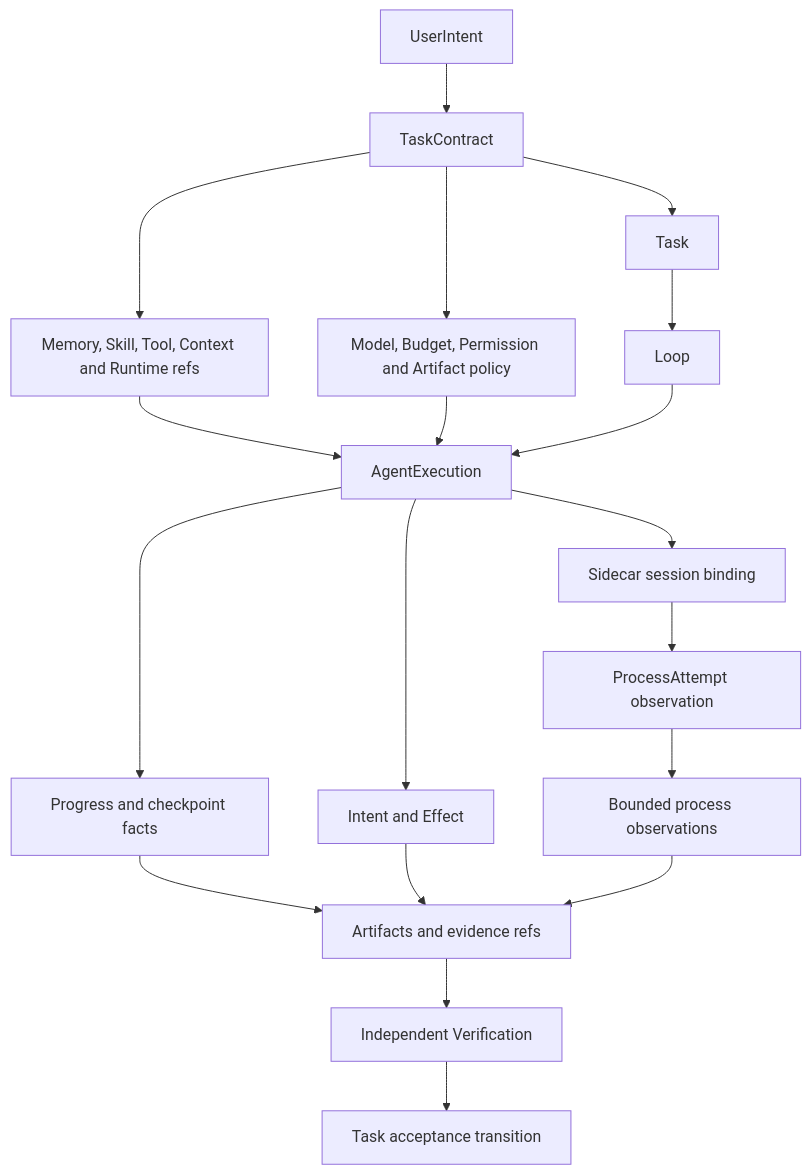
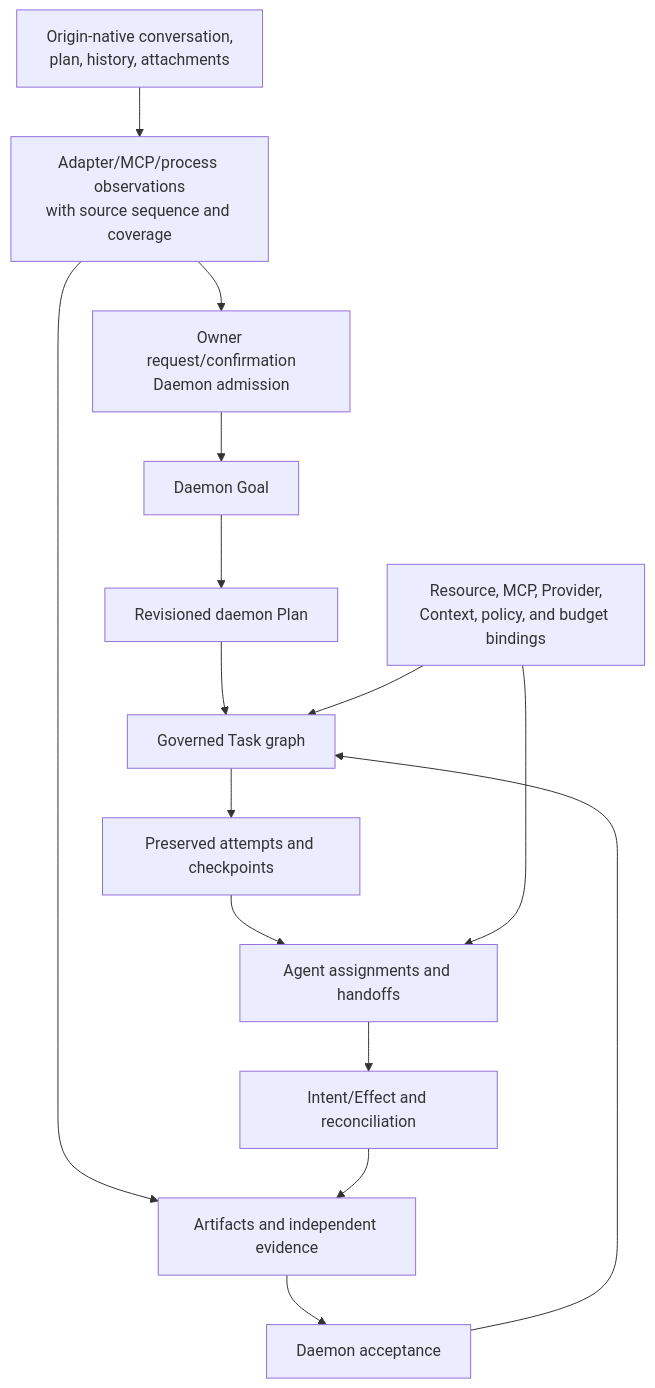
Before and after one commit to agentkernel/cognitive-os: the first of 2 diagrams in personal/docs/architecture/authority-data-and-recovery.md, drawn with Mermaid. The commit also changed other lines of this file and 123 other files, not shown here.

````diff
--- a/personal/docs/architecture/authority-data-and-recovery.md
+++ b/personal/docs/architecture/authority-data-and-recovery.md
@@ -49,21 +67,30 @@
 ```mermaid
 flowchart TB
-  userIntent["UserIntent"] --> taskContract["TaskContract"]
-  taskContract --> task["Task"]
-  task --> loop["Loop"]
-  taskContract --> resourceBindings["Memory, Skill, Tool, Context and Runtime refs"]
-  taskContract --> crossCuttingBindings["Model, Budget, Permission and Artifact policy"]
-  resourceBindings --> agentExecution["AgentExecution"]
-  crossCuttingBindings --> agentExecution
-  loop --> agentExecution
-  agentExecution --> sidecarSession["Sidecar session binding"]
-  sidecarSession --> processAttempt["ProcessAttempt observation"]
-  agentExecution --> progress["Progress and checkpoint facts"]
-  agentExecution --> intentEffect["Intent and Effect"]
-  processAttempt --> boundedObservation["Bounded process observations"]
-  progress --> artifacts["Artifacts and evidence refs"]
-  intentEffect --> artifacts
-  boundedObservation --> artifacts
-  artifacts --> verification["Independent Verification"]
-  verification --> acceptance["Task acceptance transition"]
+  native["Origin-native conversation,\nplan, history, attachments"]
+  observations["Adapter/MCP/process observations\nwith source sequence and coverage"]
+  admission["Owner request/confirmation\nDaemon admission"]
+  goal["Daemon Goal"]
+  plan["Revisioned daemon Plan"]
+  taskGraph["Governed Task graph"]
+  attempts["Preserved attempts and checkpoints"]
+  assignment["Agent assignments and handoffs"]
+  bindings["Resource, MCP, Provider,\nContext, policy, and budget bindings"]
+  effects["Intent/Effect and reconciliation"]
+  evidence["Artifacts and independent evidence"]
+  acceptance["Daemon acceptance"]
+
+  native --> observations
+  observations --> admission
+  admission --> goal
+  goal --> plan
+  plan --> taskGraph
+  taskGraph --> attempts
+  attempts --> assignment
+  bindings --> taskGraph
+  bindings --> assignment
+  assignment --> effects
+  observations --> evidence
+  effects --> evidence
+  evidence --> acceptance
+  acceptance --> taskGraph
 ```
````
